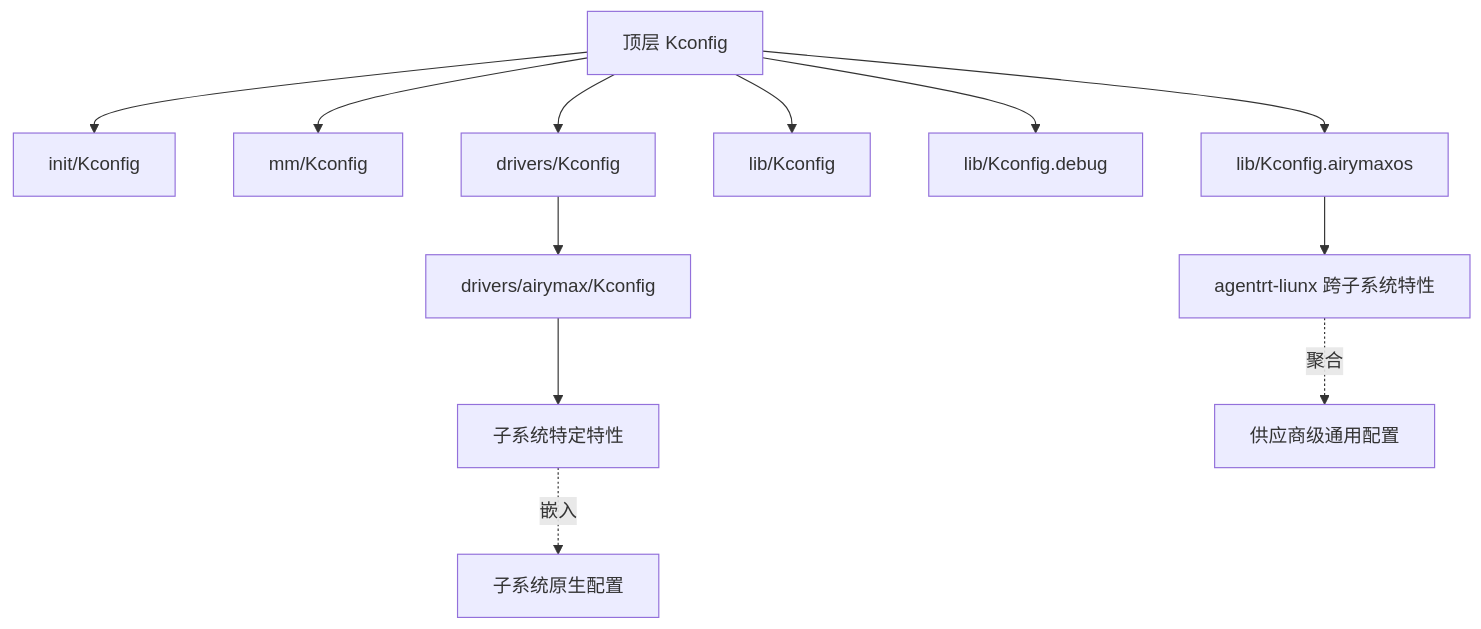
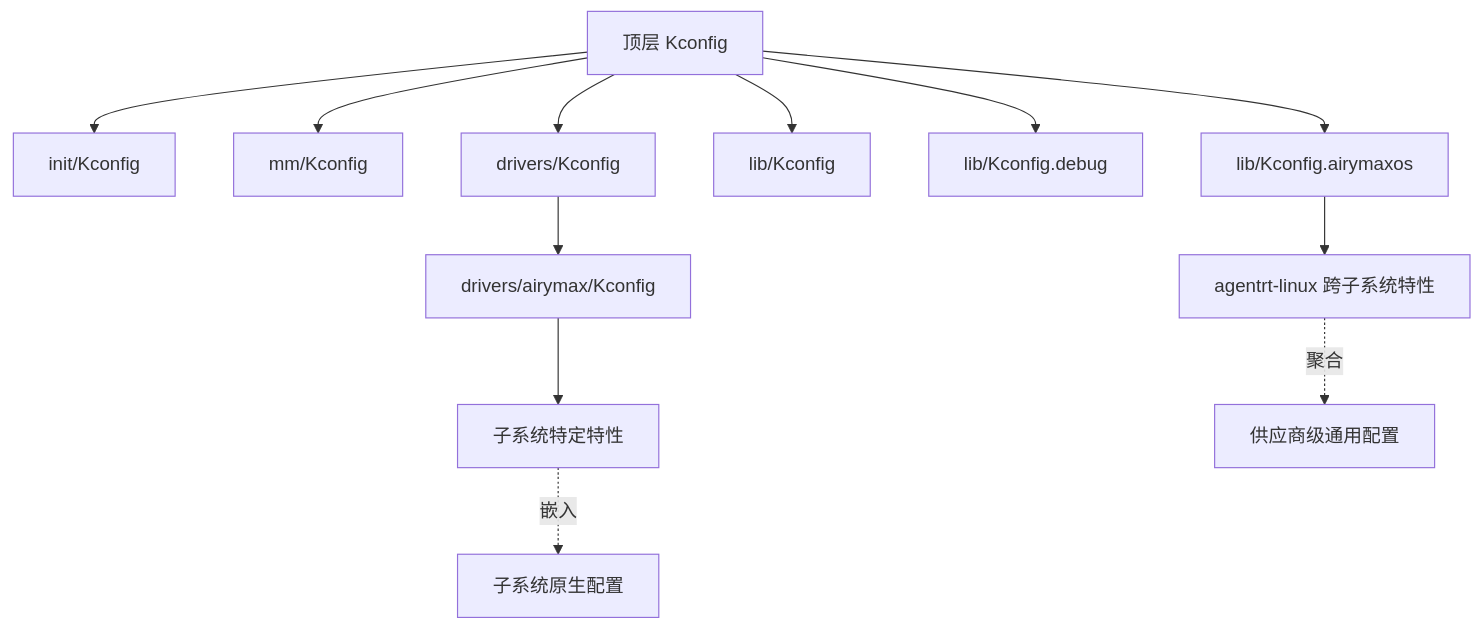
One commit to openairymax/docs-linux changed the second of 2 diagrams in 70-build-system/02-kconfig-system.md. Above: the diagram before and after it, drawn with Mermaid. The commit also changed other lines of this file and 125 other files, not shown here.

````diff
--- a/70-build-system/02-kconfig-system.md
+++ b/70-build-system/02-kconfig-system.md
@@ -303,14 +303,14 @@
 ```mermaid
 flowchart TD
     TOP[顶层 Kconfig] --> SRC1[init/Kconfig]
     TOP --> SRC2[mm/Kconfig]
     TOP --> SRC3[drivers/Kconfig]
     TOP --> SRC4[lib/Kconfig]
     TOP --> SRC5[lib/Kconfig.debug]
     TOP --> SRC6[lib/Kconfig.airymaxos]
-    SRC6 --> V1[agentrt-liunx 跨子系统特性]
+    SRC6 --> V1[agentrt-linux 跨子系统特性]
     SRC3 --> D1[drivers/airymax/Kconfig]
     D1 --> D2[子系统特定特性]
     V1 -.聚合.-> VEND[供应商级通用配置]
     D2 -.嵌入.-> SUB[子系统原生配置]
 ```
````
